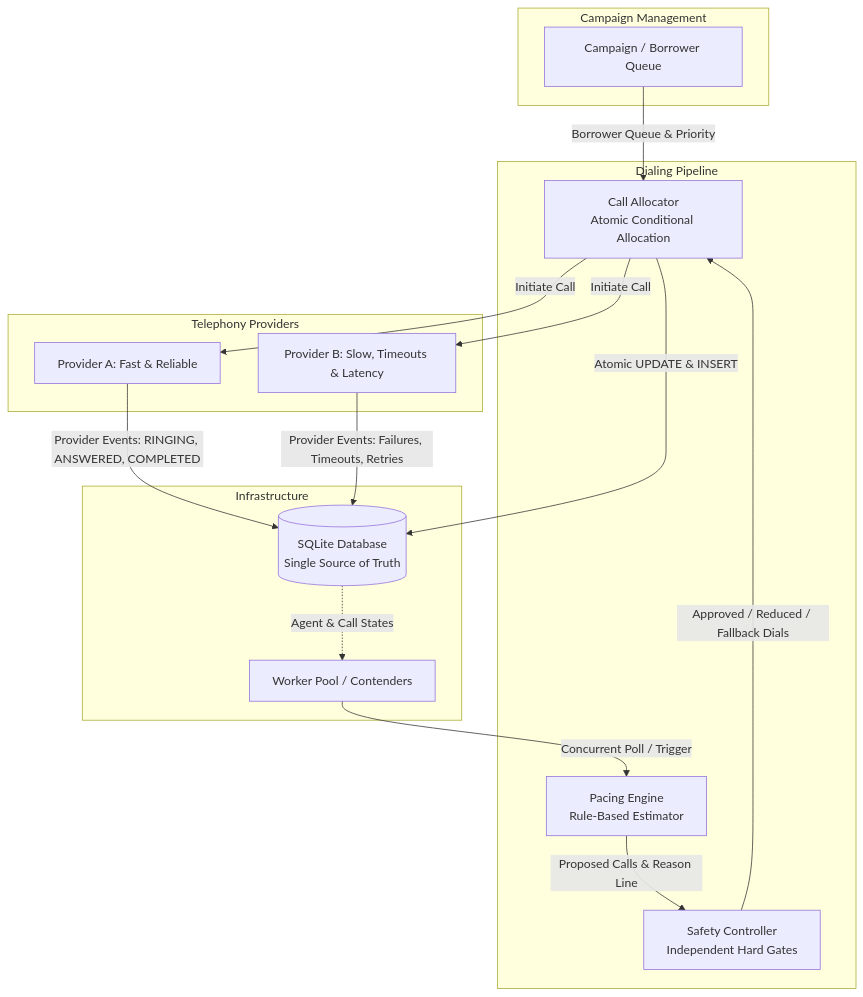
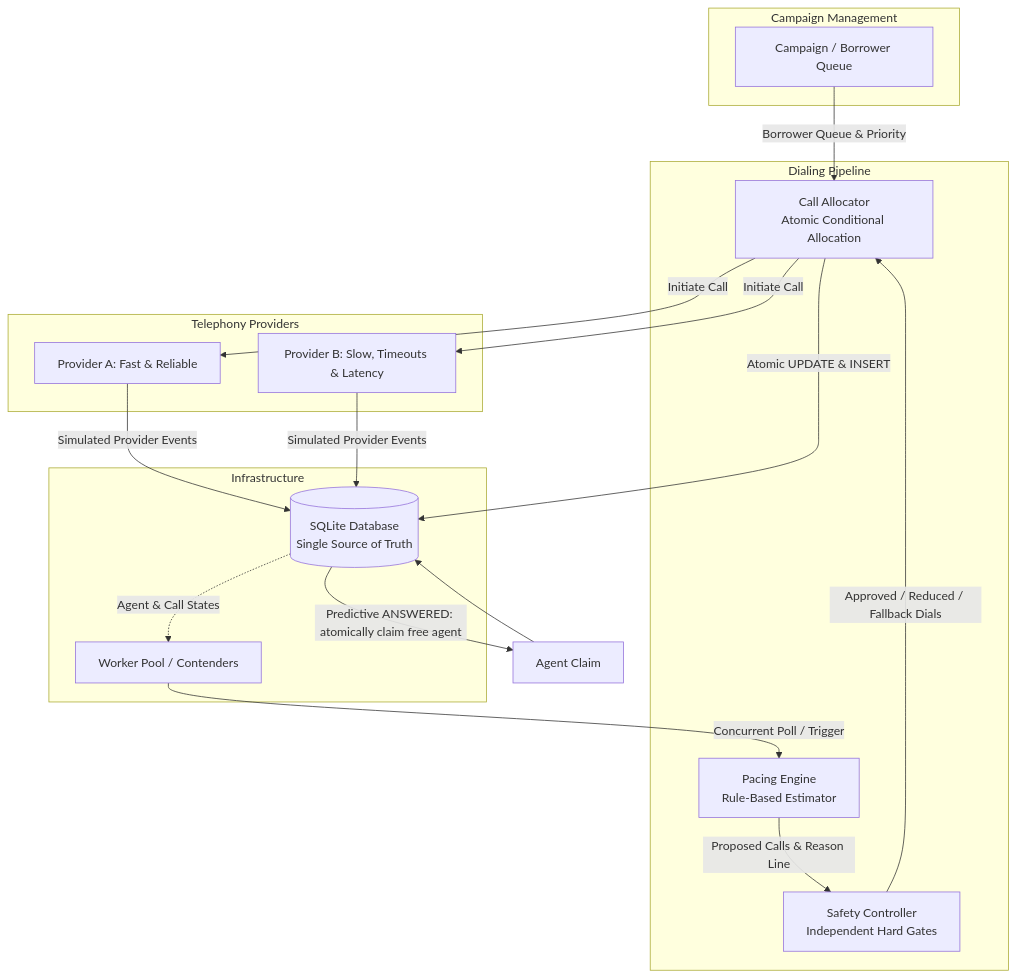
Before and after one commit to PardivReddy/SmartSimulator: the first of 3 diagrams in docs/ARCHITECTURE.md, drawn with Mermaid. The commit also changed other lines of this file and 21 other files, not shown here.

````diff
--- a/docs/ARCHITECTURE.md
+++ b/docs/ARCHITECTURE.md
@@ -5,33 +5,35 @@
 ```mermaid
 flowchart TD
     subgraph Campaign Management
         CAMP[Campaign / Borrower Queue]
     end
 
     subgraph Dialing Pipeline
         PACE[Pacing Engine\nRule-Based Estimator]
         SAFE[Safety Controller\nIndependent Hard Gates]
         ALLOC[Call Allocator\nAtomic Conditional Allocation]
     end
 
     subgraph Infrastructure
         STORE[(SQLite Database\nSingle Source of Truth)]
         WORKERS[Worker Pool / Contenders]
     end
 
     subgraph Telephony Providers
         PA[Provider A: Fast & Reliable]
         PB[Provider B: Slow, Timeouts & Latency]
     end
 
     CAMP -->|Borrower Queue & Priority| ALLOC
     WORKERS -->|Concurrent Poll / Trigger| PACE
     PACE -->|Proposed Calls & Reason Line| SAFE
     SAFE -->|Approved / Reduced / Fallback Dials| ALLOC
     ALLOC -->|Atomic UPDATE & INSERT| STORE
     ALLOC -->|Initiate Call| PA
     ALLOC -->|Initiate Call| PB
-    PA -->|Provider Events: RINGING, ANSWERED, COMPLETED| STORE
-    PB -->|Provider Events: Failures, Timeouts, Retries| STORE
+    PA -->|Simulated Provider Events| STORE
+    PB -->|Simulated Provider Events| STORE
+    STORE -->|Predictive ANSWERED: atomically claim free agent| CLAIM[Agent Claim]
+    CLAIM --> STORE
     STORE -.->|Agent & Call States| WORKERS
 ```
````
